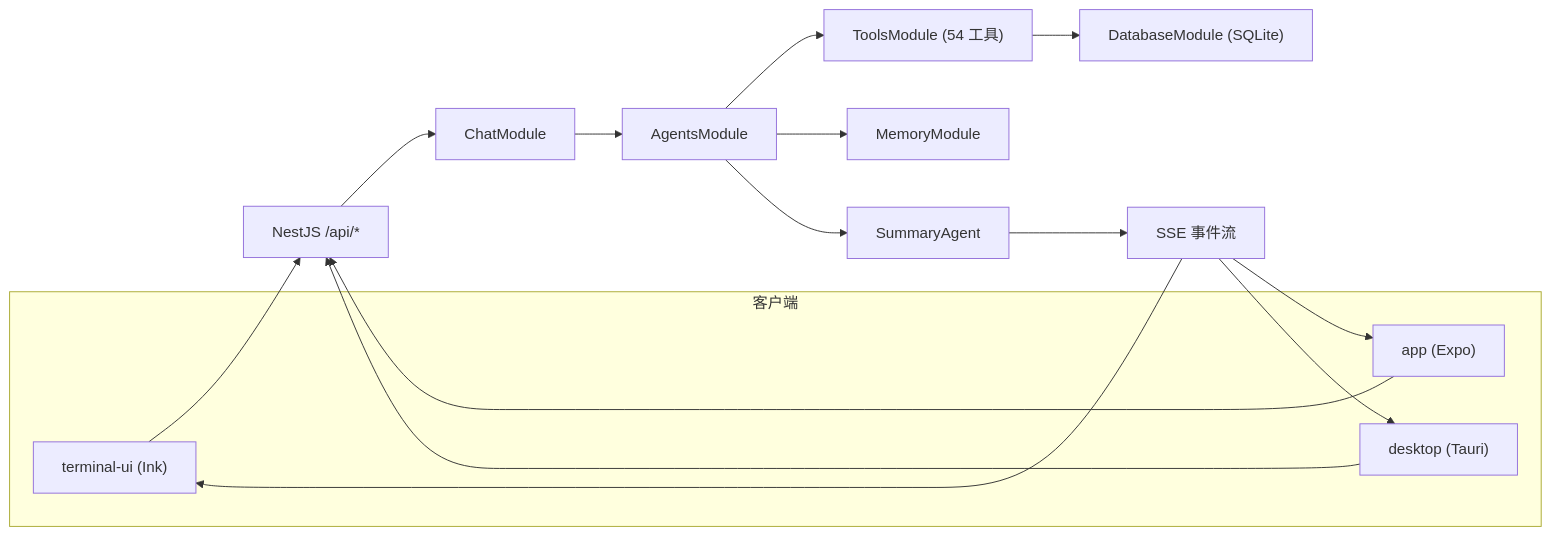
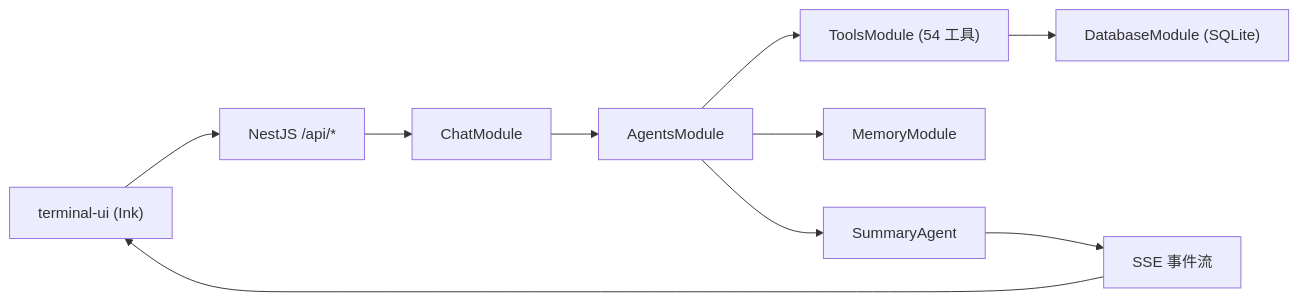
The diagram in README.md (iammm0/secbot), drawn with Mermaid before and after one commit. The commit also changed other lines of this file and 85 other files, not shown here.

````diff
--- a/README.md
+++ b/README.md
@@ -72,23 +66,14 @@
 ```mermaid
 flowchart LR
-  subgraph Clients["客户端"]
-    tui["terminal-ui (Ink)"]
-    mobile["app (Expo)"]
-    desktop["desktop (Tauri)"]
-  end
-
+  tui["terminal-ui (Ink)"]
   tui --> api["NestJS /api/*"]
-  mobile --> api
-  desktop --> api
 
   api --> chat["ChatModule"]
   chat --> agents["AgentsModule"]
   agents --> tools["ToolsModule (54 工具)"]
   tools --> db["DatabaseModule (SQLite)"]
   agents --> memory["MemoryModule"]
   agents --> summary["SummaryAgent"]
   summary --> sse["SSE 事件流"]
   sse --> tui
-  sse --> mobile
-  sse --> desktop
 ```
````
